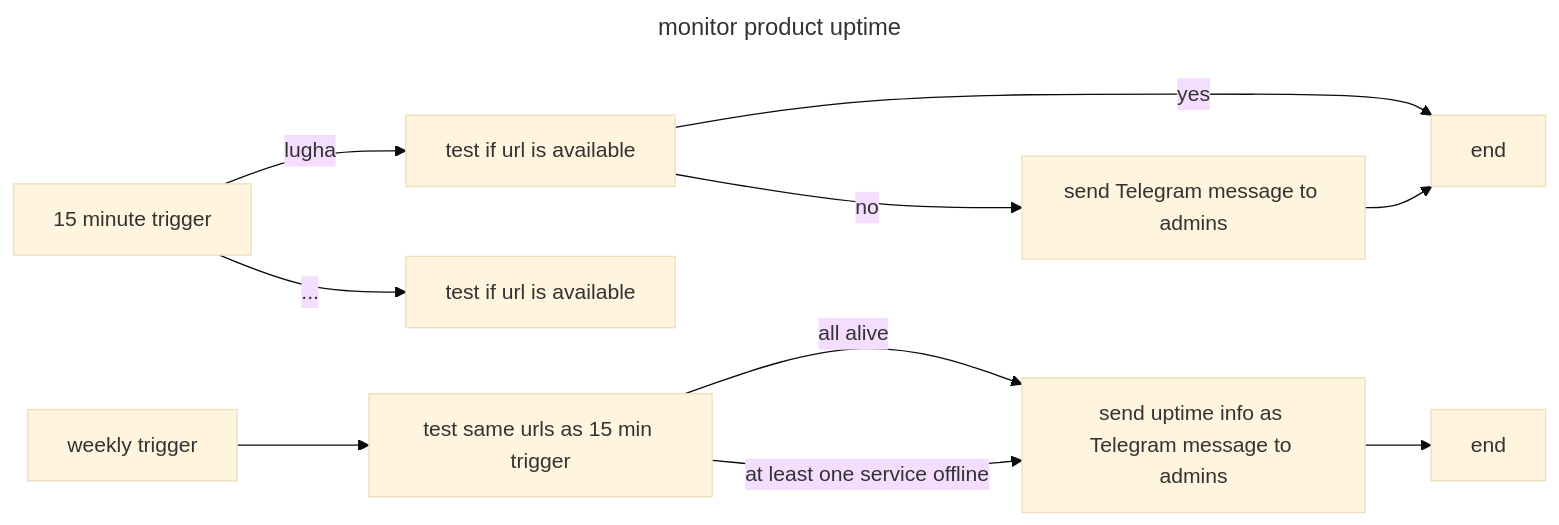
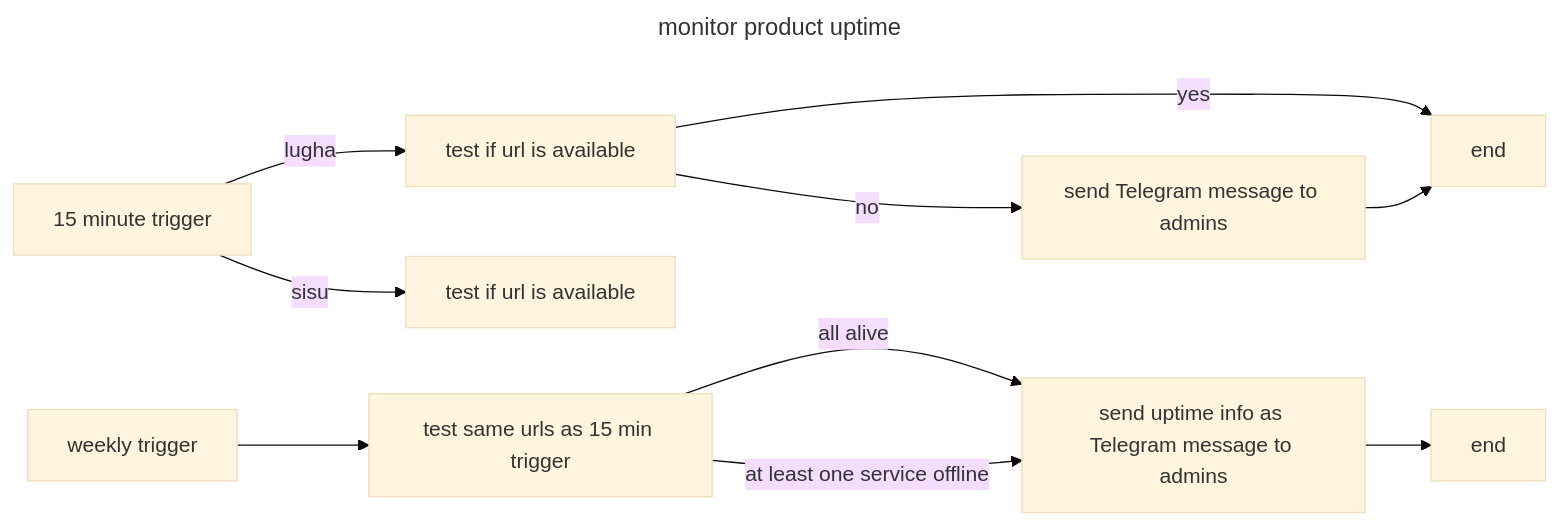
Before and after one commit to khaldoun-xyz/standard: the second of 3 diagrams in docs/processes.md, drawn with Mermaid (base theme).

Commit message:
uptime: add sisu

```diff
--- a/docs/processes.md
+++ b/docs/processes.md
@@ -90,15 +90,15 @@
 ~~~mermaid
 ---
 title: monitor product uptime 
 ---
 flowchart LR
   A[15 minute trigger] --> |lugha| B1[test if url is available]
-  A --> |...| B2[test if url is available]
+  A --> |sisu| B2[test if url is available]
   B1 --> |no| C[send Telegram message to admins]
   B1 --> |yes| D[end]
   C --> D[end]
   E[weekly trigger] --> F[test same urls as 15 min trigger]
   F --> |all alive| G[send uptime info as Telegram message to admins]
   F --> |at least one service offline| G
   G --> H[end]
 ~~~
```
